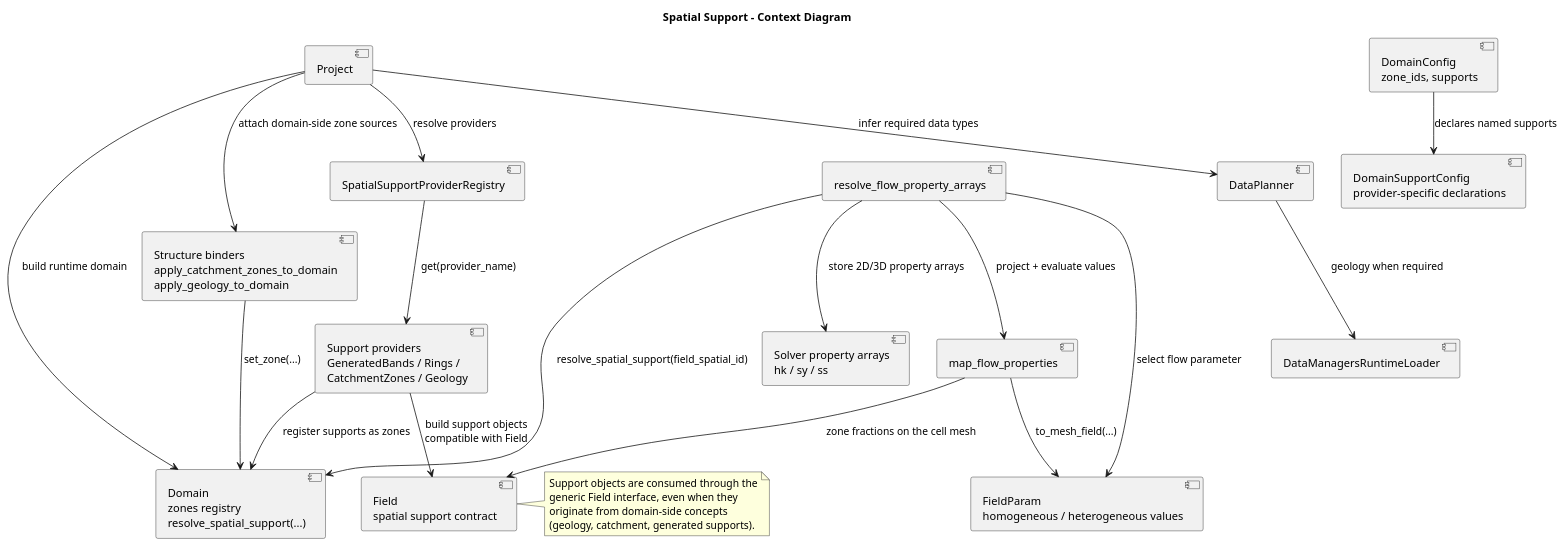
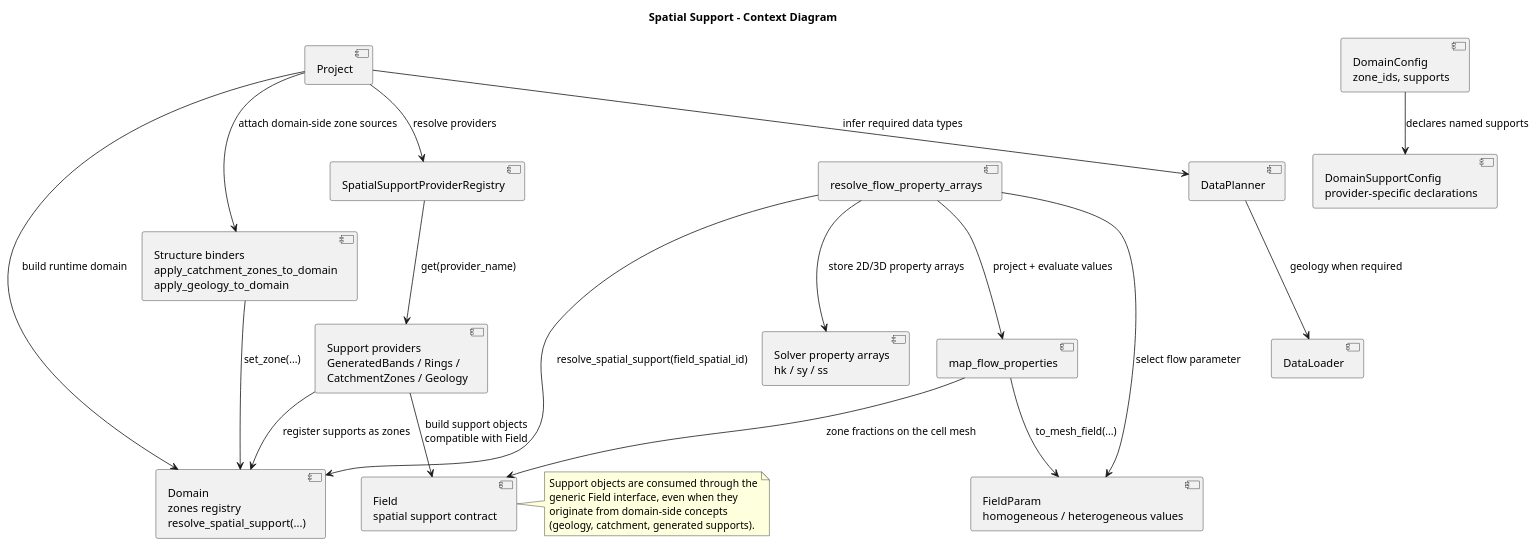
Before and after one commit to HydroModPy/HydroModPy: the diagram in docs/source/contribute/architecture/spatial_support/diagrams/spatial_support_context.wsd, drawn with PlantUML. The commit also changed 469 other files, not shown here.

```diff
--- a/docs/source/contribute/architecture/spatial_support/diagrams/spatial_support_context.wsd
+++ b/docs/source/contribute/architecture/spatial_support/diagrams/spatial_support_context.wsd
@@ -1,43 +1,43 @@
 @startuml
 title Spatial Support - Context Diagram
 
 component "DomainConfig\nzone_ids, supports" as DomainConfig
 component "DomainSupportConfig\nprovider-specific declarations" as SupportConfig
 component "Project" as Project
 component "DataPlanner" as Planner
-component "DataManagersRuntimeLoader" as Loader
+component "DataLoader" as Loader
 component "Structure binders\napply_catchment_zones_to_domain\napply_geology_to_domain" as Binders
 component "Domain\nzones registry\nresolve_spatial_support(...)" as Domain
 component "SpatialSupportProviderRegistry" as Registry
 component "Support providers\nGeneratedBands / Rings /\nCatchmentZones / Geology" as Providers
 component "Field\nspatial support contract" as Field
 component "FieldParam\nhomogeneous / heterogeneous values" as FieldParam
 component "map_flow_properties" as Mapper
 component "resolve_flow_property_arrays" as PropertyMapping
 component "Solver property arrays\nhk / sy / ss" as SolverArrays
 
 DomainConfig --> SupportConfig : declares named supports
 Project --> Planner : infer required data types
 Planner --> Loader : geology when required
 Project --> Domain : build runtime domain
 Project --> Binders : attach domain-side zone sources
 Binders --> Domain : set_zone(...)
 Project --> Registry : resolve providers
 Registry --> Providers : get(provider_name)
 Providers --> Field : build support objects\ncompatible with Field
 Providers --> Domain : register supports as zones
 PropertyMapping --> FieldParam : select flow parameter
 PropertyMapping --> Domain : resolve_spatial_support(field_spatial_id)
 PropertyMapping --> Mapper : project + evaluate values
 Mapper --> Field : zone fractions on the cell mesh
 Mapper --> FieldParam : to_mesh_field(...)
 PropertyMapping --> SolverArrays : store 2D/3D property arrays
 
 note right of Field
 Support objects are consumed through the
 generic Field interface, even when they
 originate from domain-side concepts
 (geology, catchment, generated supports).
 end note
 
 @enduml
```
